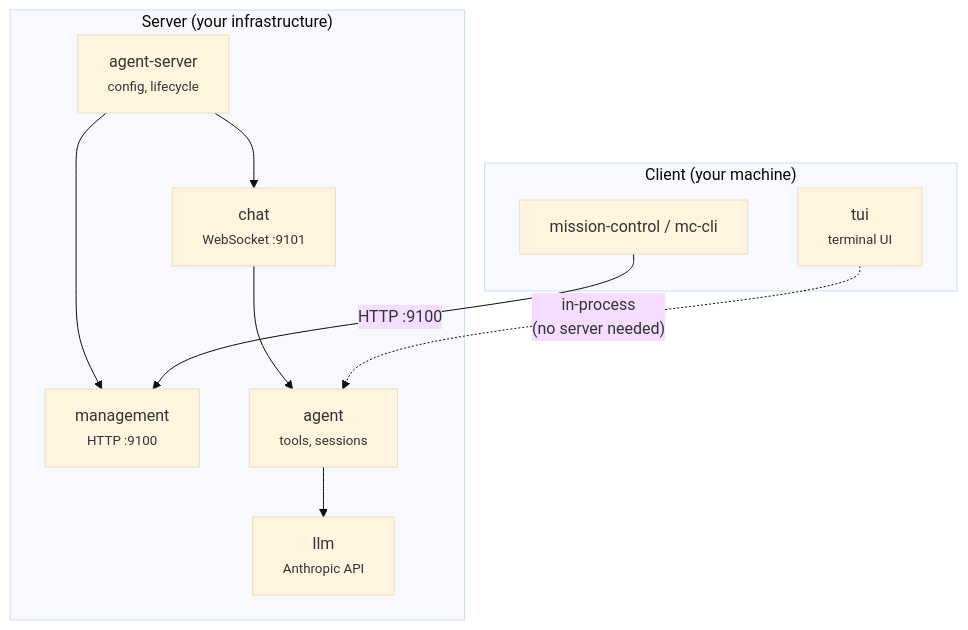
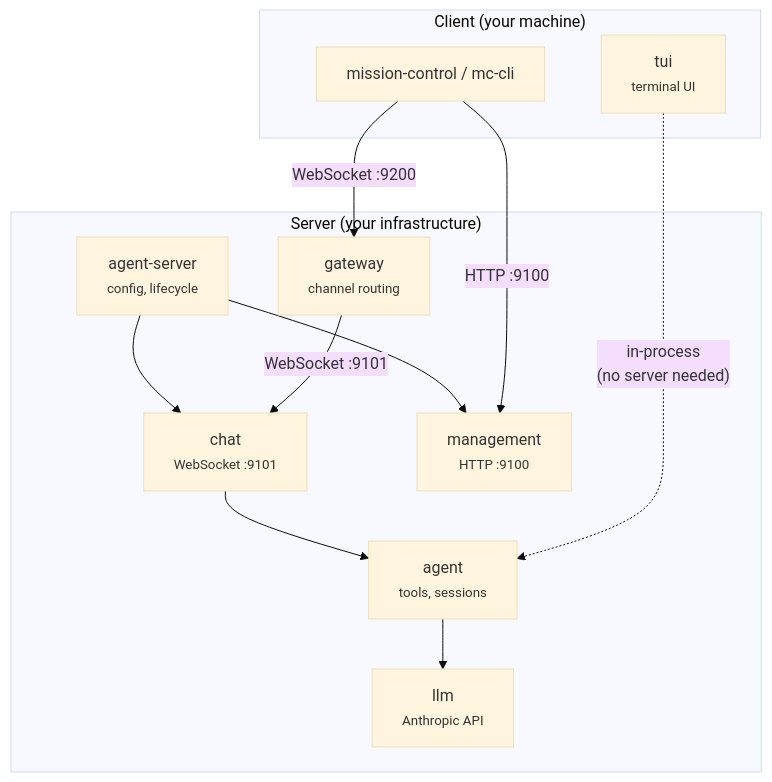
Before and after one commit to volumegambit/Dash: the diagram in README.md, drawn with Mermaid (base theme). The commit also changed other lines of this file and 3 other files, not shown here.

Commit message:
Update docs for channel gateway

````diff
--- a/README.md
+++ b/README.md
@@ -26,18 +26,21 @@
 ```mermaid
 graph TB
   subgraph server ["Server (your infrastructure)"]
     agent-server["agent-server<br/><small>config, lifecycle</small>"]
     agent-server --> chat["chat<br/><small>WebSocket :9101</small>"]
     agent-server --> management["management<br/><small>HTTP :9100</small>"]
     chat --> agent["agent<br/><small>tools, sessions</small>"]
     agent --> llm["llm<br/><small>Anthropic API</small>"]
+    gateway["gateway<br/><small>channel routing</small>"]
+    gateway -- "WebSocket :9101" --> chat
   end
 
   subgraph client ["Client (your machine)"]
     tui["tui<br/><small>terminal UI</small>"]
     mc["mission-control / mc-cli"]
   end
 
   tui -. "in-process<br/>(no server needed)" .-> agent
   mc -- "HTTP :9100" --> management
+  mc -- "WebSocket :9200" --> gateway
 ```
````
